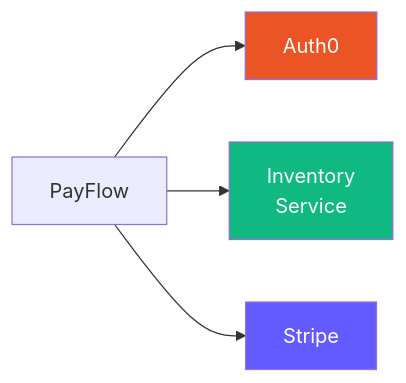
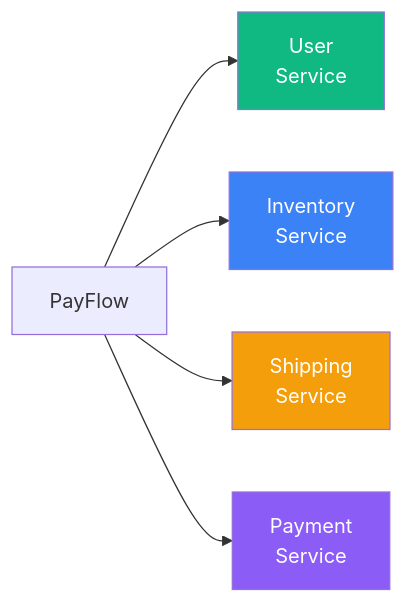
One commit to citypaul/scenarist changed the second of 2 diagrams in docs/promotional-campaign/visual-aids/01-payflow-architecture.md. Above: the diagram before and after it, drawn with Mermaid. The commit also changed other lines of this file and 11 other files, not shown here.

````diff
--- a/docs/promotional-campaign/visual-aids/01-payflow-architecture.md
+++ b/docs/promotional-campaign/visual-aids/01-payflow-architecture.md
@@ -44,10 +46,12 @@
 ```mermaid
 flowchart LR
-    App["PayFlow"] --> Auth0["Auth0"]
+    App["PayFlow"] --> User["User<br/>Service"]
     App --> Inv["Inventory<br/>Service"]
-    App --> Stripe["Stripe"]
+    App --> Ship["Shipping<br/>Service"]
+    App --> Pay["Payment<br/>Service"]
 
-    style Auth0 fill:#eb5424,color:#fff
-    style Stripe fill:#635bff,color:#fff
-    style Inv fill:#10b981,color:#fff
+    style User fill:#10b981,color:#fff
+    style Inv fill:#3b82f6,color:#fff
+    style Ship fill:#f59e0b,color:#fff
+    style Pay fill:#8b5cf6,color:#fff
 ```
````
